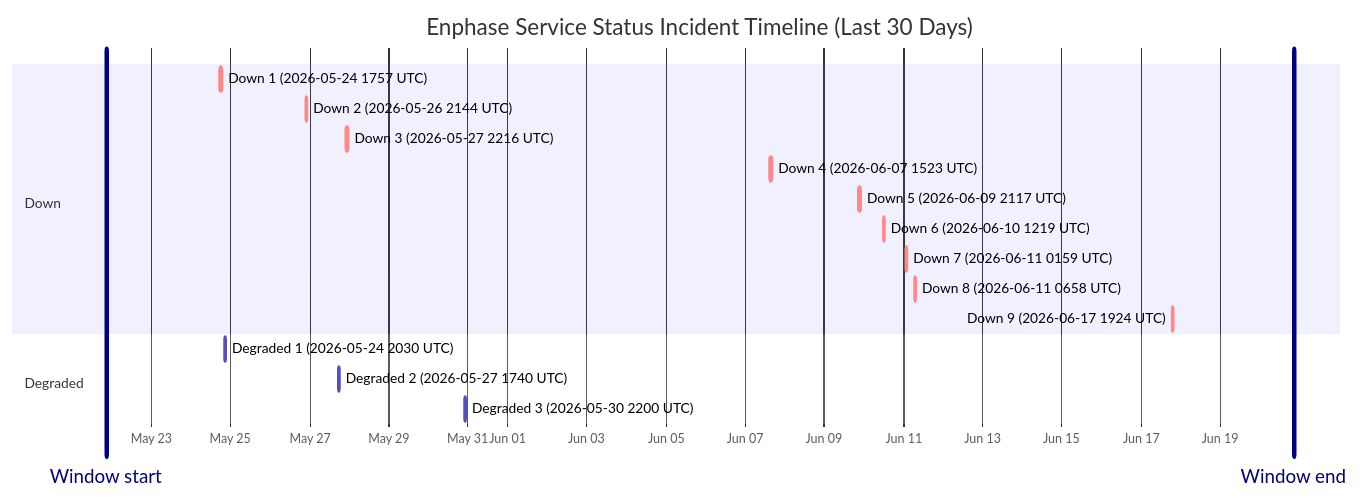
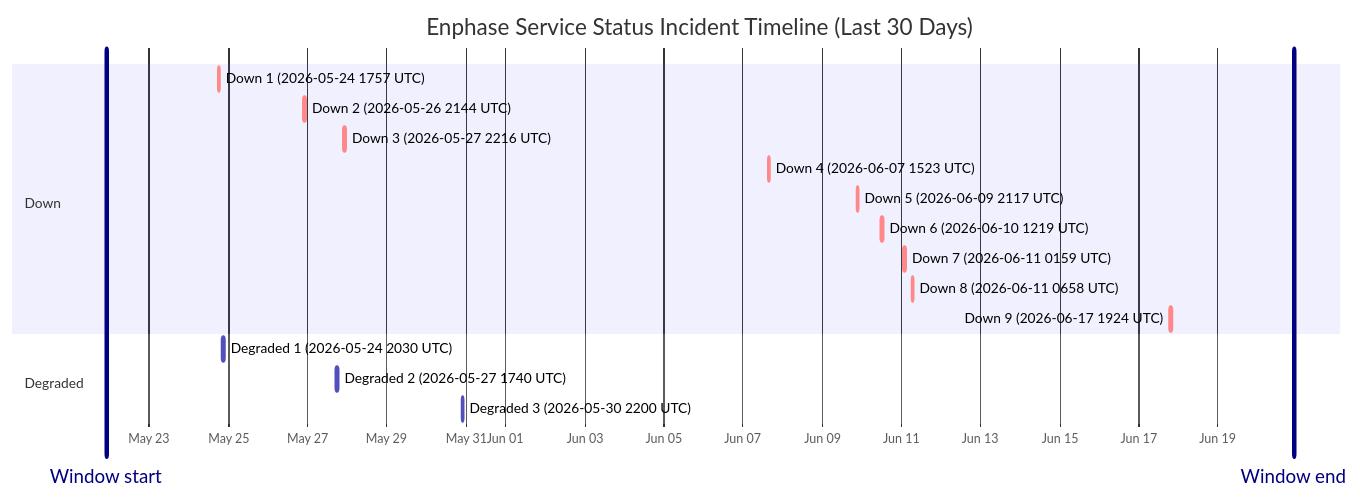
One commit to barneyonline/ha-enphase-energy changed the diagram in wiki/Service-Status-History.md. Above: the diagram before and after it, drawn with Mermaid. The commit also changed other lines of this file and 3 other files, not shown here.

````diff
--- a/wiki/Service-Status-History.md
+++ b/wiki/Service-Status-History.md
@@ -14,22 +14,22 @@
 ```mermaid
 gantt
     title Enphase Service Status Incident Timeline (Last 30 Days)
     dateFormat  YYYY-MM-DDTHH:mm:ss
     axisFormat  %b %d
-    Window start :vert, window-start, 2026-05-21T20:49:58, 0ms
-    Window end :vert, window-end, 2026-06-20T20:49:58, 0ms
+    Window start :vert, window-start, 2026-05-21T22:04:55, 0ms
+    Window end :vert, window-end, 2026-06-20T22:04:55, 0ms
     section Down
     Down 1 (2026-05-24 1757 UTC) :crit, down-1, 2026-05-24T17:57:41, 86m
     Down 2 (2026-05-26 2144 UTC) :crit, down-2, 2026-05-26T21:44:11, 85m
     Down 3 (2026-05-27 2216 UTC) :crit, down-3, 2026-05-27T22:16:53, 87m
     Down 4 (2026-06-07 1523 UTC) :crit, down-4, 2026-06-07T15:23:22, 87m
     Down 5 (2026-06-09 2117 UTC) :crit, down-5, 2026-06-09T21:17:17, 60m
     Down 6 (2026-06-10 1219 UTC) :crit, down-6, 2026-06-10T12:19:21, 60m
     Down 7 (2026-06-11 0159 UTC) :crit, down-7, 2026-06-11T01:59:36, 60m
     Down 8 (2026-06-11 0658 UTC) :crit, down-8, 2026-06-11T06:58:45, 60m
     Down 9 (2026-06-17 1924 UTC) :crit, down-9, 2026-06-17T19:24:51, 60m
     section Degraded
     Degraded 1 (2026-05-24 2030 UTC) :active, degraded-1, 2026-05-24T20:30:57, 84m
     Degraded 2 (2026-05-27 1740 UTC) :active, degraded-2, 2026-05-27T17:40:52, 60m
     Degraded 3 (2026-05-30 2200 UTC) :active, degraded-3, 2026-05-30T22:00:37, 60m
 ```
````
